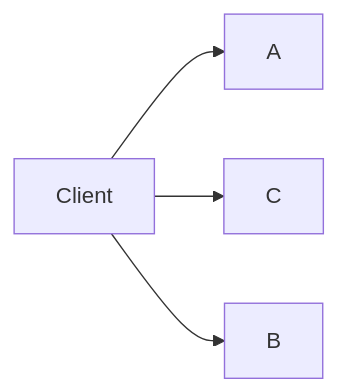
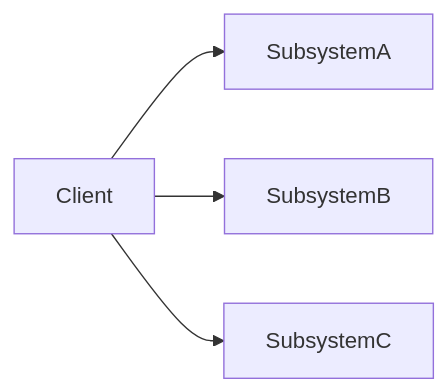
Before and after one commit to SamuelLnds/LandaisSamuel_TP_DesignPatterns: the second of 3 diagrams in Facade/README.md, drawn with Mermaid. The commit also changed other lines of this file and 12 other files, not shown here.

Commit message:
revue des README, correction des diagrammes, ajout de diagrammes de séquence pour détailler l'explication, correction du français, ajout d'informations supplémentaires, révision de la disposition des limitations à certains endroits

````diff
--- a/Facade/README.md
+++ b/Facade/README.md
@@ -44,6 +39,6 @@
 ```mermaid
 graph LR
-	Client --> A
-	Client --> C
-	Client --> B
+    Client --> SubsystemA
+    Client --> SubsystemB
+    Client --> SubsystemC
 ```
````
